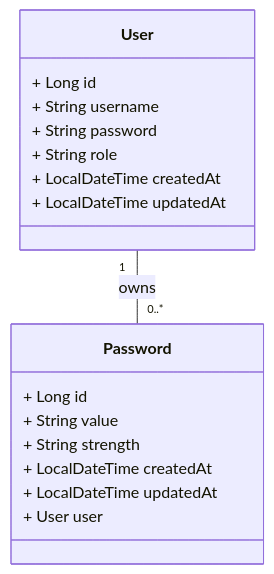
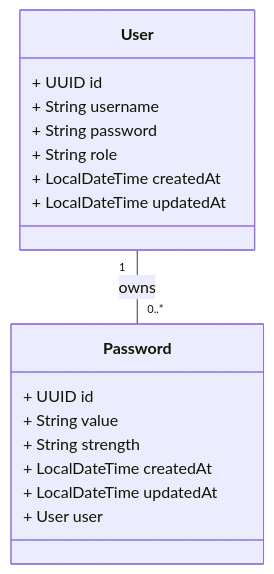
Before and after one commit to wesleybertipaglia/spring-securepass: the diagram in README.md, drawn with Mermaid.

Commit message:
docs: update README
Update ERD

````diff
--- a/README.md
+++ b/README.md
@@ -77,22 +77,22 @@
 ```mermaid
 classDiagram
     class User {
-        + Long id
+        + UUID id
         + String username
         + String password
         + String role
         + LocalDateTime createdAt
         + LocalDateTime updatedAt
     }
 
     class Password {
-        + Long id
+        + UUID id
         + String value
         + String strength
         + LocalDateTime createdAt
         + LocalDateTime updatedAt
         + User user
     }
 
     User "1" -- "0..*" Password : owns
 ```
````
